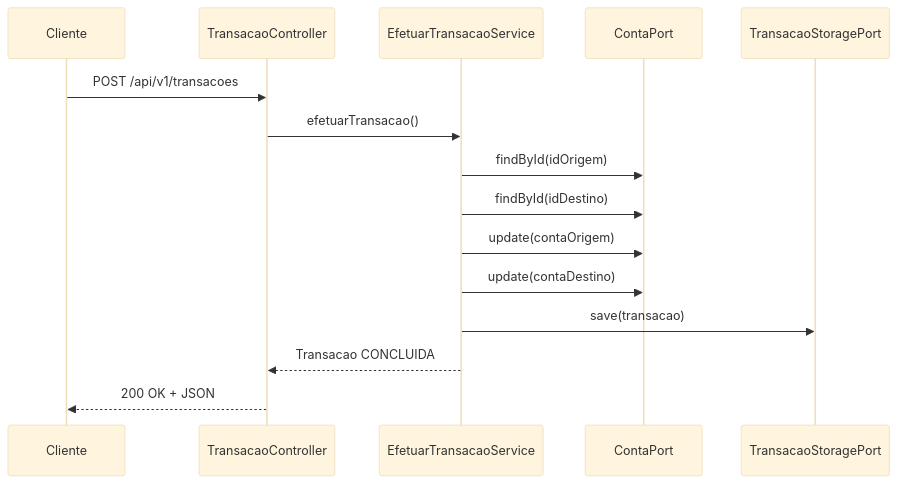
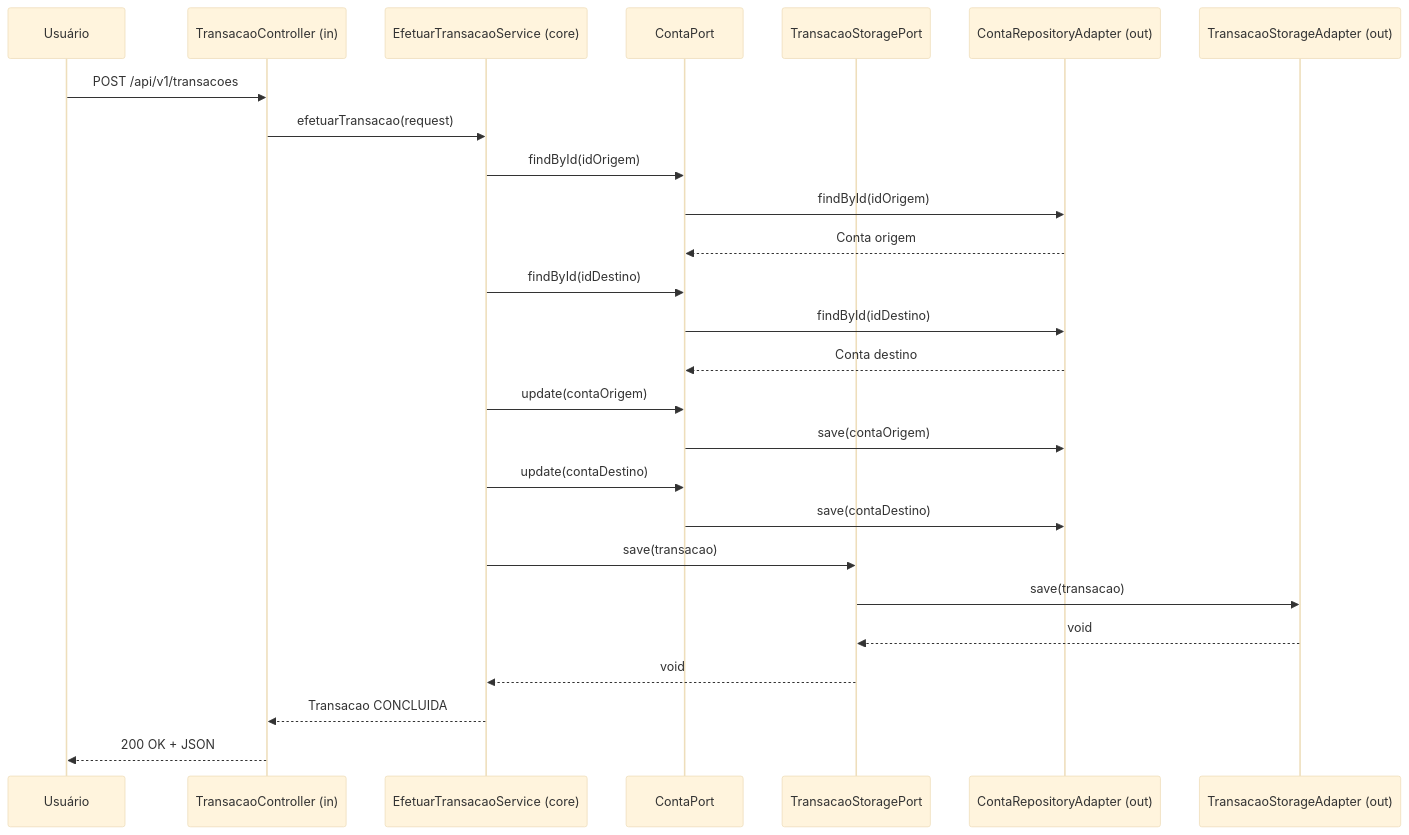
Before and after one commit to ianpolitavares/efetuar-transacao: the diagram in readme.md, drawn with Mermaid (base theme). The commit also changed other lines of this file and 34 other files, not shown here.

````diff
--- a/readme.md
+++ b/readme.md
@@ -96,18 +115,35 @@
 ```mermaid
 sequenceDiagram
-    participant C as Cliente
-    participant API as TransacaoController
-    participant APP as EfetuarTransacaoService
+    participant U as Usuário
+    participant C as TransacaoController (in)
+    participant S as EfetuarTransacaoService (core)
     participant CP as ContaPort
     participant TP as TransacaoStoragePort
+    participant CRA as ContaRepositoryAdapter (out)
+    participant TSA as TransacaoStorageAdapter (out)
 
-    C->>API: POST /api/v1/transacoes
-    API->>APP: efetuarTransacao()
-    APP->>CP: findById(idOrigem)
-    APP->>CP: findById(idDestino)
-    APP->>CP: update(contaOrigem)
-    APP->>CP: update(contaDestino)
-    APP->>TP: save(transacao)
-    APP-->>API: Transacao CONCLUIDA
-    API-->>C: 200 OK + JSON
+    U->>C: POST /api/v1/transacoes
+    C->>S: efetuarTransacao(request)
+
+    S->>CP: findById(idOrigem)
+    CP->>CRA: findById(idOrigem)
+    CRA-->>CP: Conta origem
+
+    S->>CP: findById(idDestino)
+    CP->>CRA: findById(idDestino)
+    CRA-->>CP: Conta destino
+
+    S->>CP: update(contaOrigem)
+    CP->>CRA: save(contaOrigem)
+
+    S->>CP: update(contaDestino)
+    CP->>CRA: save(contaDestino)
+
+    S->>TP: save(transacao)
+    TP->>TSA: save(transacao)
+
+    TSA-->>TP: void
+    TP-->>S: void
+    S-->>C: Transacao CONCLUIDA
+    C-->>U: 200 OK + JSON
 ```
````
